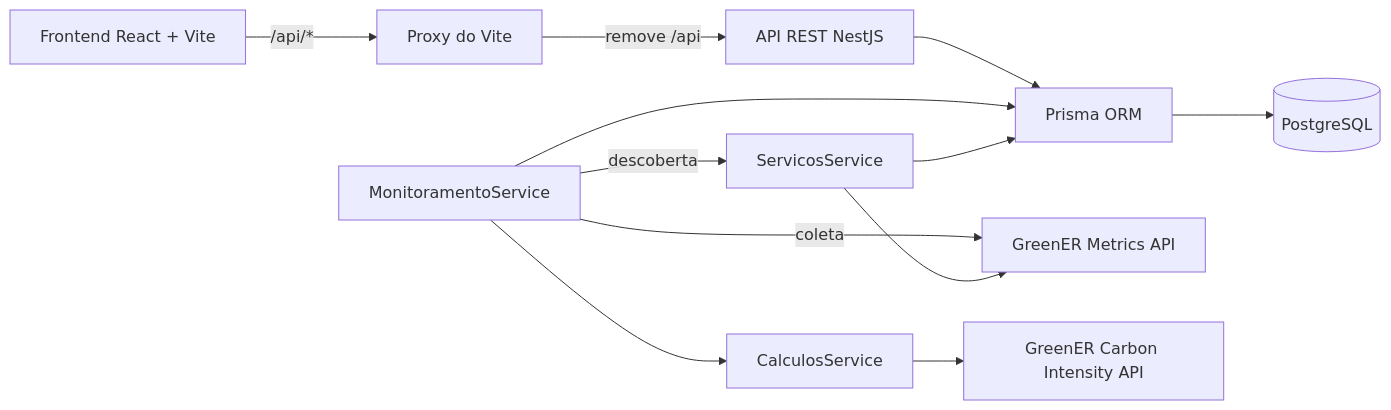
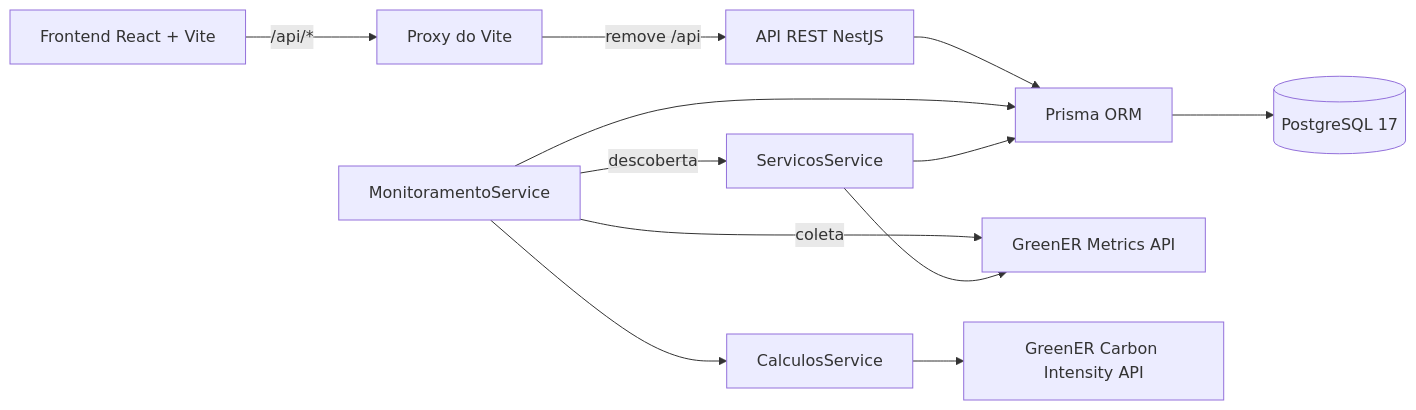
The first of 2 diagrams in docs/arquitetura.md (abpundefined/3DSM-ABP-UNDEFINED), drawn with Mermaid before and after one commit. The commit also changed other lines of this file and 12 other files, not shown here.

````diff
--- a/docs/arquitetura.md
+++ b/docs/arquitetura.md
@@ -5,14 +7,14 @@
 ```mermaid
 flowchart LR
     React[Frontend React + Vite] -->|/api/*| Vite[Proxy do Vite]
     Vite -->|remove /api| Nest[API REST NestJS]
     Nest --> Prisma[Prisma ORM]
-    Prisma --> PG[(PostgreSQL)]
+    Prisma --> PG[(PostgreSQL 17)]
     Monitor[MonitoramentoService] -->|descoberta| Descoberta[ServicosService]
     Monitor -->|coleta| Metrics[GreenER Metrics API]
     Monitor --> Calculos[CalculosService]
     Monitor --> Prisma
     Descoberta --> Metrics
     Descoberta --> Prisma
     Calculos --> Carbon[GreenER Carbon Intensity API]
 ```
````
